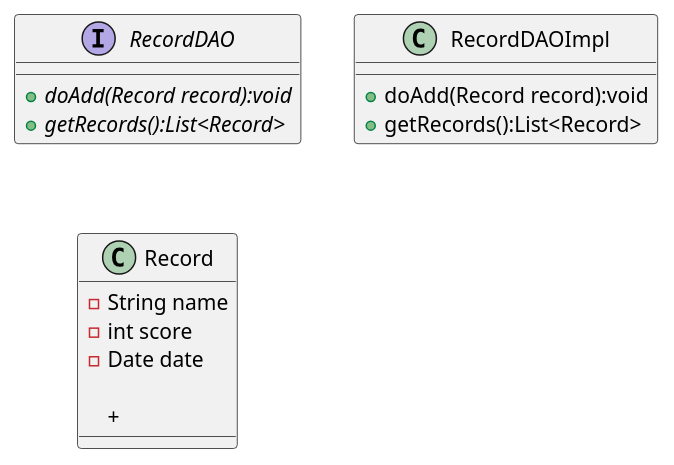
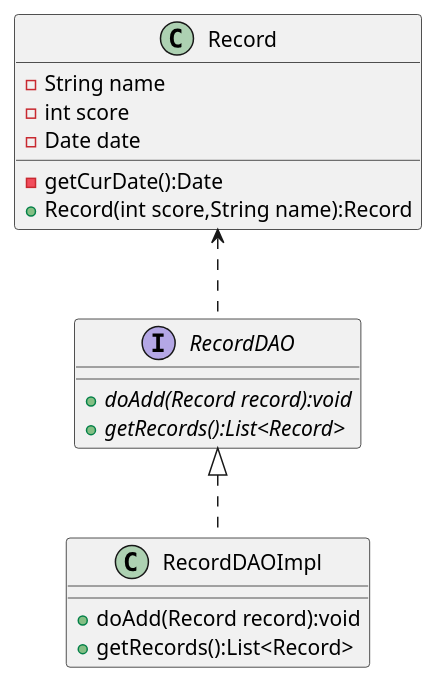
One commit to CNCSMonster/AircraftWar-base changed the diagram in uml/数据访问对象模式.puml. Above: the diagram before and after it, drawn with PlantUML. The commit also changed 2 other files, not shown here.

```diff
--- a/uml/数据访问对象模式.puml
+++ b/uml/数据访问对象模式.puml
@@ -1,26 +1,33 @@
 @startuml
 
 interface RecordDAO {
     +{abstract} doAdd(Record record):void
     +{abstract} getRecords():List<Record>
 }
 
 class RecordDAOImpl {
     +doAdd(Record record):void
     +getRecords():List<Record>
 }
 
 class Record {
     -String name
     -int score
     -Date date
 
-    +
+    -getCurDate():Date
+    +Record(int score,String name):Record
 }
+
+'数据访问对象接口依赖于数据对象
+Record <.. RecordDAO
+
+'RecordEAOImpl实现了RecordDAO接口
+RecordDAO <|.. RecordDAOImpl
 
 
 
 
 
 
 @enduml
```
